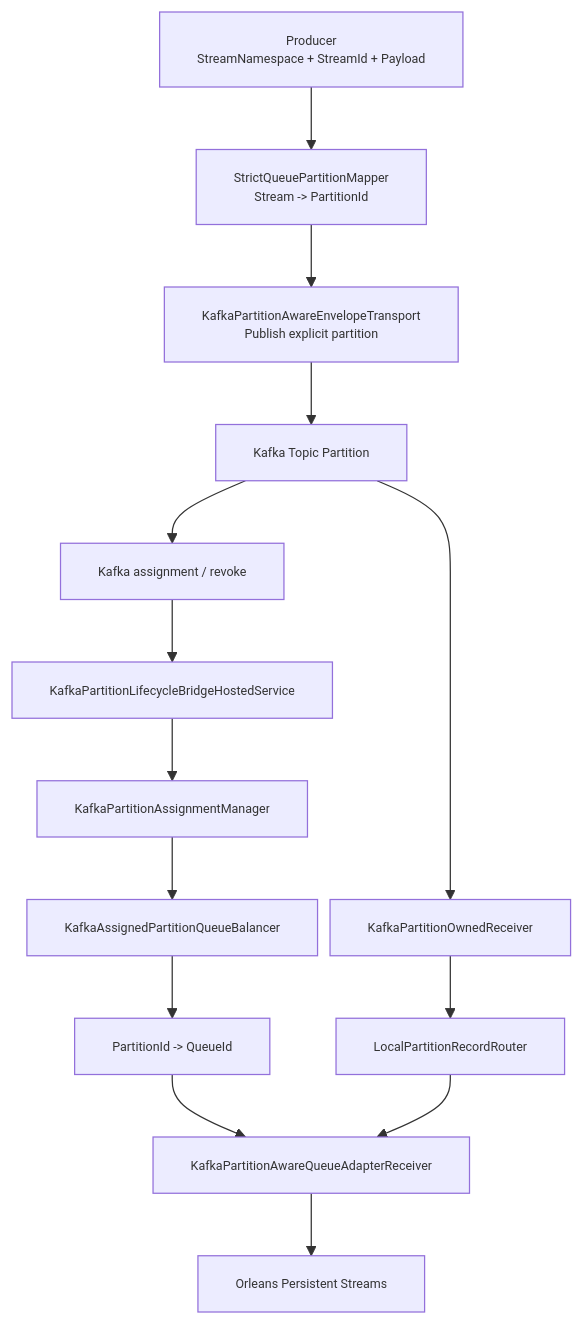
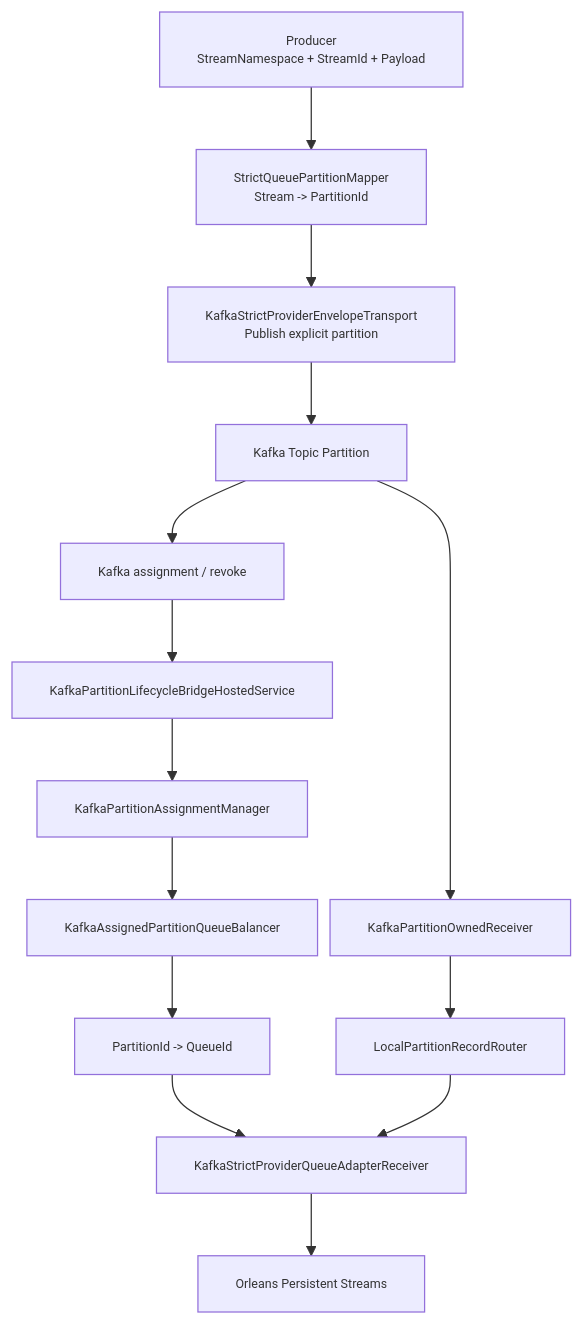
Before and after one commit to aevatarAI/aevatar: the diagram in docs/architecture/2026-03-19-kafka-partition-aware-stable-baseline.md, drawn with Mermaid. The commit also changed other lines of this file and 39 other files, not shown here.

Commit message:
Refactor Kafka strict provider into Orleans-native backend

````diff
--- a/docs/architecture/2026-03-19-kafka-partition-aware-stable-baseline.md
+++ b/docs/architecture/2026-03-19-kafka-partition-aware-stable-baseline.md
@@ -30,23 +30,23 @@
 ```mermaid
 %%{init: {"maxTextSize": 100000, "flowchart": {"useMaxWidth": false, "nodeSpacing": 10, "rankSpacing": 50}, "themeVariables": {"fontSize": "10px"}}}%%
 flowchart TB
     A1["Producer<br/>StreamNamespace + StreamId + Payload"]
     A2["StrictQueuePartitionMapper<br/>Stream -> PartitionId"]
-    A3["KafkaPartitionAwareEnvelopeTransport<br/>Publish explicit partition"]
+    A3["KafkaStrictProviderEnvelopeTransport<br/>Publish explicit partition"]
     A4["Kafka Topic Partition"]
 
     B1["Kafka assignment / revoke"]
     B2["KafkaPartitionLifecycleBridgeHostedService"]
     B3["KafkaPartitionAssignmentManager"]
     B4["KafkaAssignedPartitionQueueBalancer"]
     B5["PartitionId -> QueueId"]
 
     C1["KafkaPartitionOwnedReceiver"]
     C2["LocalPartitionRecordRouter"]
-    C3["KafkaPartitionAwareQueueAdapterReceiver"]
+    C3["KafkaStrictProviderQueueAdapterReceiver"]
     C4["Orleans Persistent Streams"]
 
     A1 --> A2 --> A3 --> A4
     A4 --> B1 --> B2 --> B3 --> B4 --> B5 --> C3 --> C4
     A4 --> C1 --> C2 --> C3
 ```
````
